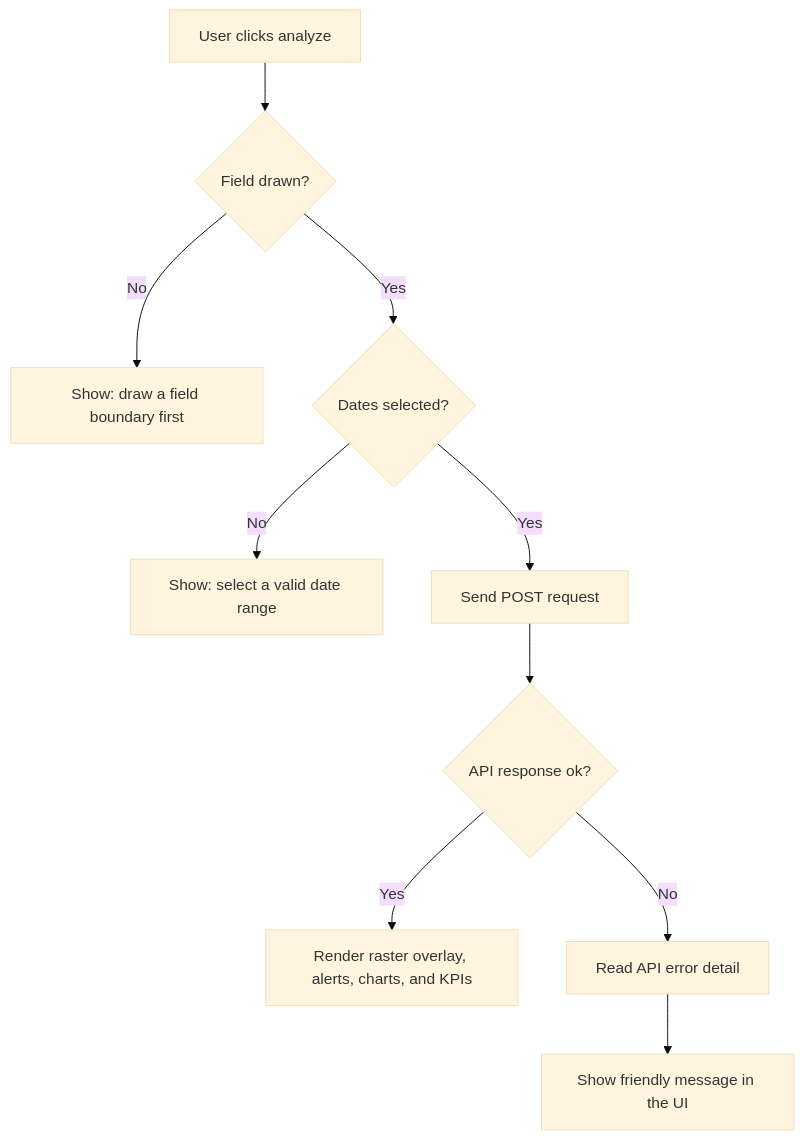
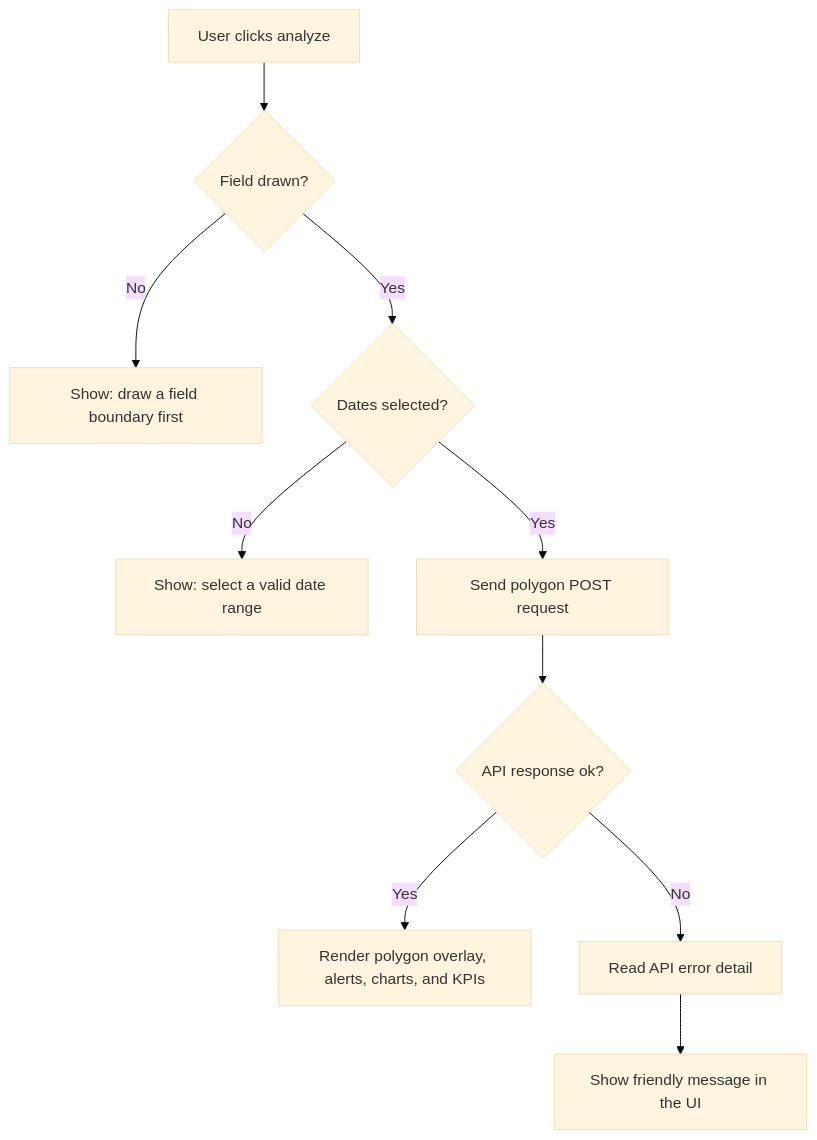
One commit to chinna5656/satellite-crop-planner changed the fifth of 5 diagrams in docs/web-processing-flowchart.md. Above: the diagram before and after it, drawn with Mermaid (base theme). The commit also changed other lines of this file and 7 other files, not shown here.

````diff
--- a/docs/web-processing-flowchart.md
+++ b/docs/web-processing-flowchart.md
@@ -111,12 +115,12 @@
 ```mermaid
 flowchart TD
     A["User clicks analyze"] --> B{"Field drawn?"}
     B -->|"No"| C["Show: draw a field boundary first"]
     B -->|"Yes"| D{"Dates selected?"}
     D -->|"No"| E["Show: select a valid date range"]
-    D -->|"Yes"| F["Send POST request"]
+    D -->|"Yes"| F["Send polygon POST request"]
     F --> G{"API response ok?"}
-    G -->|"Yes"| H["Render raster overlay, alerts, charts, and KPIs"]
+    G -->|"Yes"| H["Render polygon overlay, alerts, charts, and KPIs"]
     G -->|"No"| I["Read API error detail"]
     I --> J["Show friendly message in the UI"]
 ```
````
